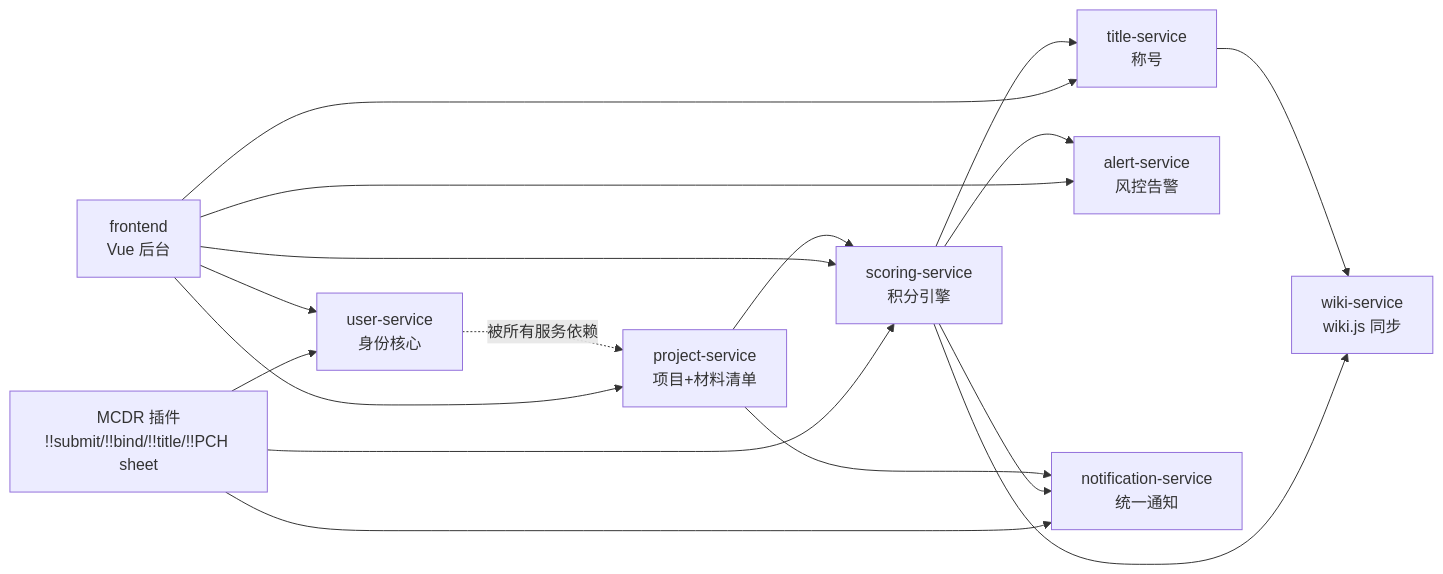
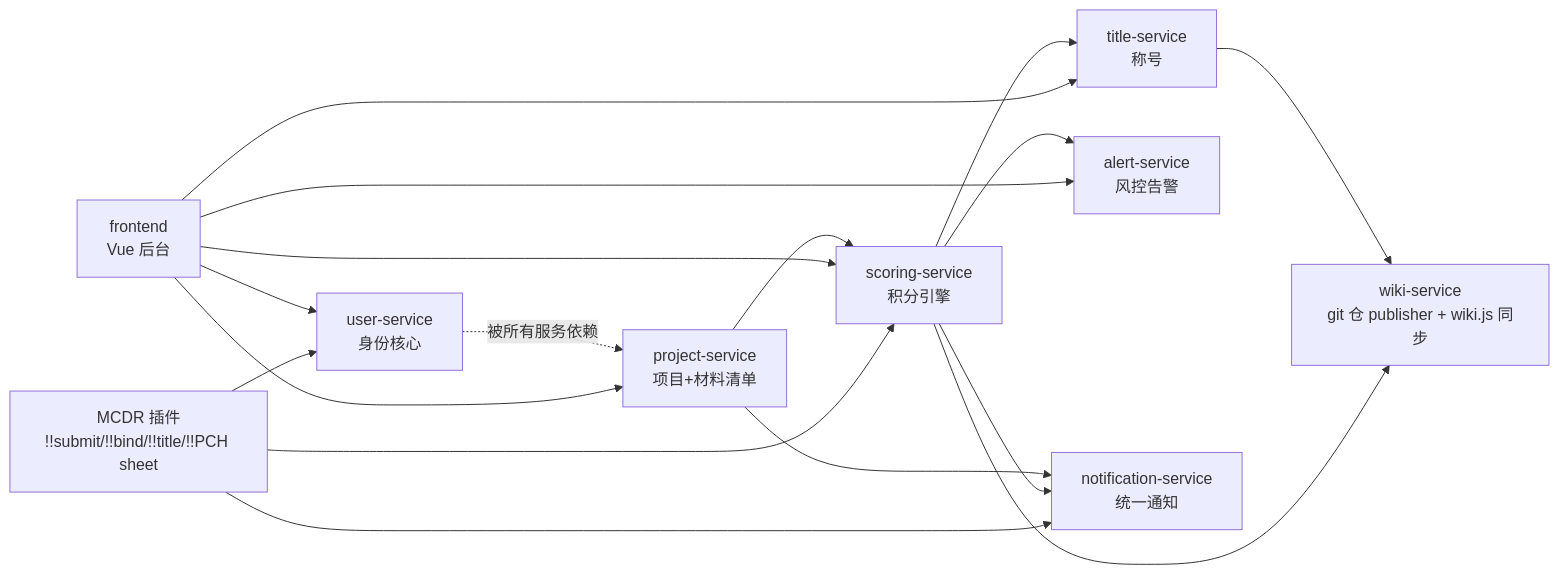
Before and after one commit to YuShenLiu06/PCHSystem: the third of 7 diagrams in Docs/architecture.md, drawn with Mermaid. The commit also changed other lines of this file and 6 other files, not shown here.

First line of the commit message:
docs: R-8 重写为 git 双向 + wiki-service/mcdr 文档 + 归档产物结构

````diff
--- a/Docs/architecture.md
+++ b/Docs/architecture.md
@@ -156,29 +165,29 @@
 ```mermaid
 flowchart LR
     MCDR["MCDR 插件<br/>!!submit/!!bind/!!title/!!PCH sheet"]
     USER["user-service<br/>身份核心"]
     PROJ["project-service<br/>项目+材料清单"]
     SCORE["scoring-service<br/>积分引擎"]
     TITLE["title-service<br/>称号"]
-    WIKI["wiki-service<br/>wiki.js 同步"]
+    WIKI["wiki-service<br/>git 仓 publisher + wiki.js 同步"]
     ALERT["alert-service<br/>风控告警"]
     NOTIFY["notification-service<br/>统一通知"]
     FRONT["frontend<br/>Vue 后台"]
 
     MCDR --> USER
     MCDR --> SCORE
     MCDR --> NOTIFY
     FRONT --> USER
     FRONT --> PROJ
     FRONT --> SCORE
     FRONT --> TITLE
     FRONT --> ALERT
     PROJ --> SCORE
     SCORE --> TITLE
     SCORE --> WIKI
     TITLE --> WIKI
     SCORE --> ALERT
     SCORE --> NOTIFY
     PROJ --> NOTIFY
     USER -.被所有服务依赖.-> PROJ
 ```
````
